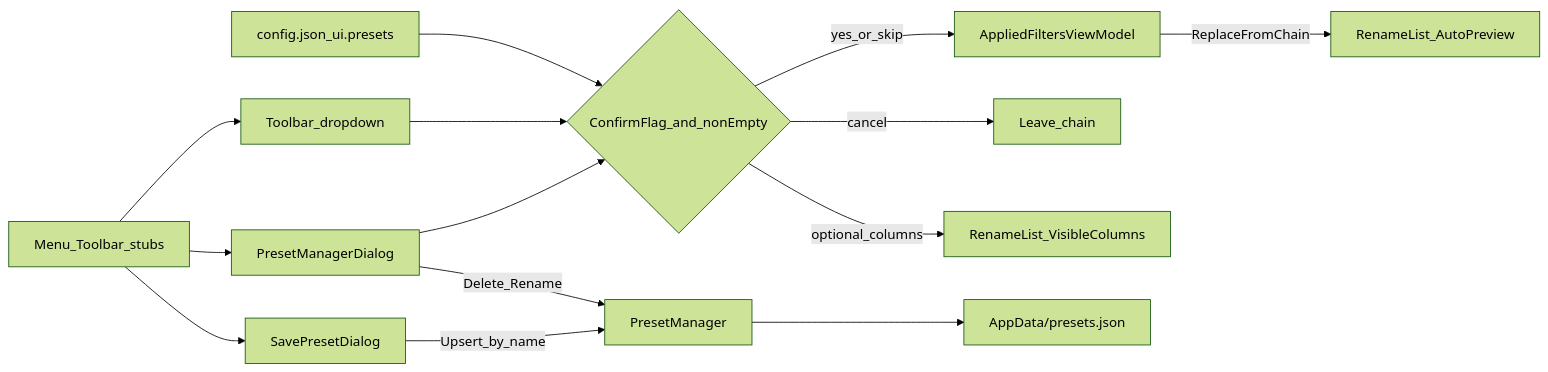
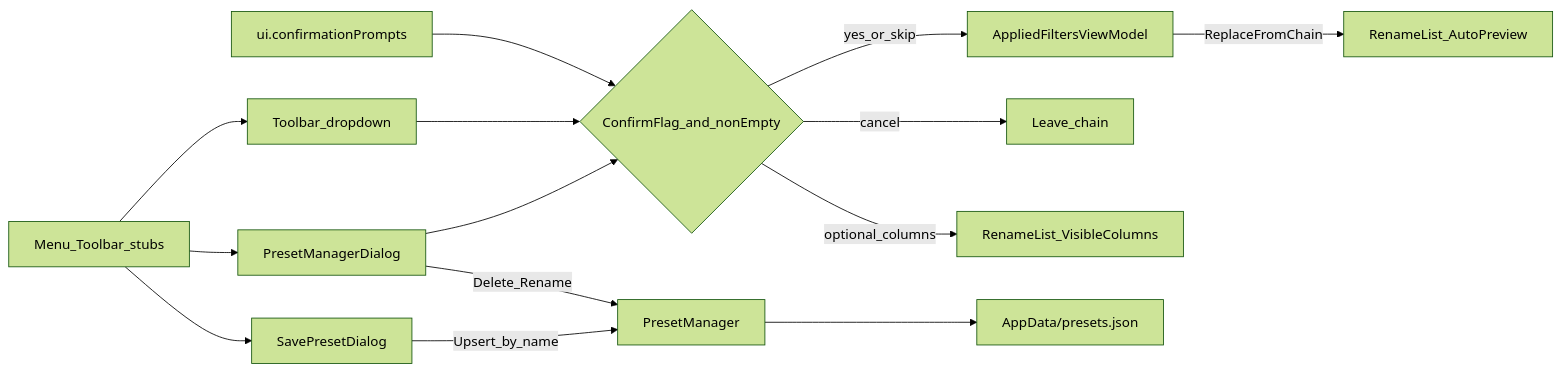
One commit to davidohana/finebytes changed the diagram in docs/plans/presets-ui.plan.md. Above: the diagram before and after it, drawn with Mermaid (forest theme). The commit also changed other lines of this file and 5 other files, not shown here.

First line of the commit message:
Align Options docs with confirmation prompts and double-click.

````diff
--- a/docs/plans/presets-ui.plan.md
+++ b/docs/plans/presets-ui.plan.md
@@ -45,16 +45,16 @@
 ```mermaid
 flowchart LR
   stubs[Menu_Toolbar_stubs] --> mgr[PresetManagerDialog]
   stubs --> saveDlg[SavePresetDialog]
   saveDlg -->|Upsert_by_name| pm[PresetManager]
   mgr --> confirmGate{ConfirmFlag_and_nonEmpty}
   stubs --> quickPick[Toolbar_dropdown]
   quickPick --> confirmGate
   confirmGate -->|yes_or_skip| applied[AppliedFiltersViewModel]
   confirmGate -->|cancel| stay[Leave_chain]
   applied -->|ReplaceFromChain| preview[RenameList_AutoPreview]
   confirmGate -->|optional_columns| rlCols[RenameList_VisibleColumns]
   mgr -->|Delete_Rename| pm
   pm --> json["AppData/presets.json"]
-  cfg["config.json_ui.presets"] --> confirmGate
+  cfg["ui.confirmationPrompts"] --> confirmGate
 ```
````
